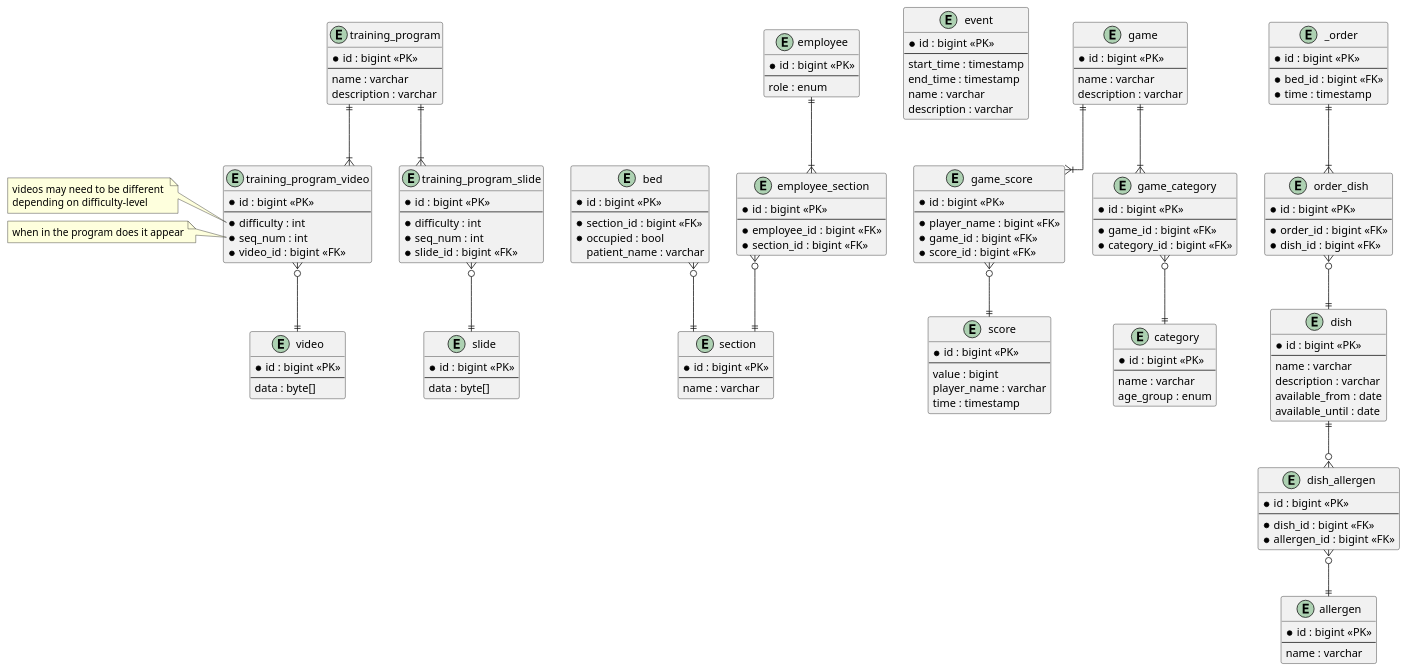
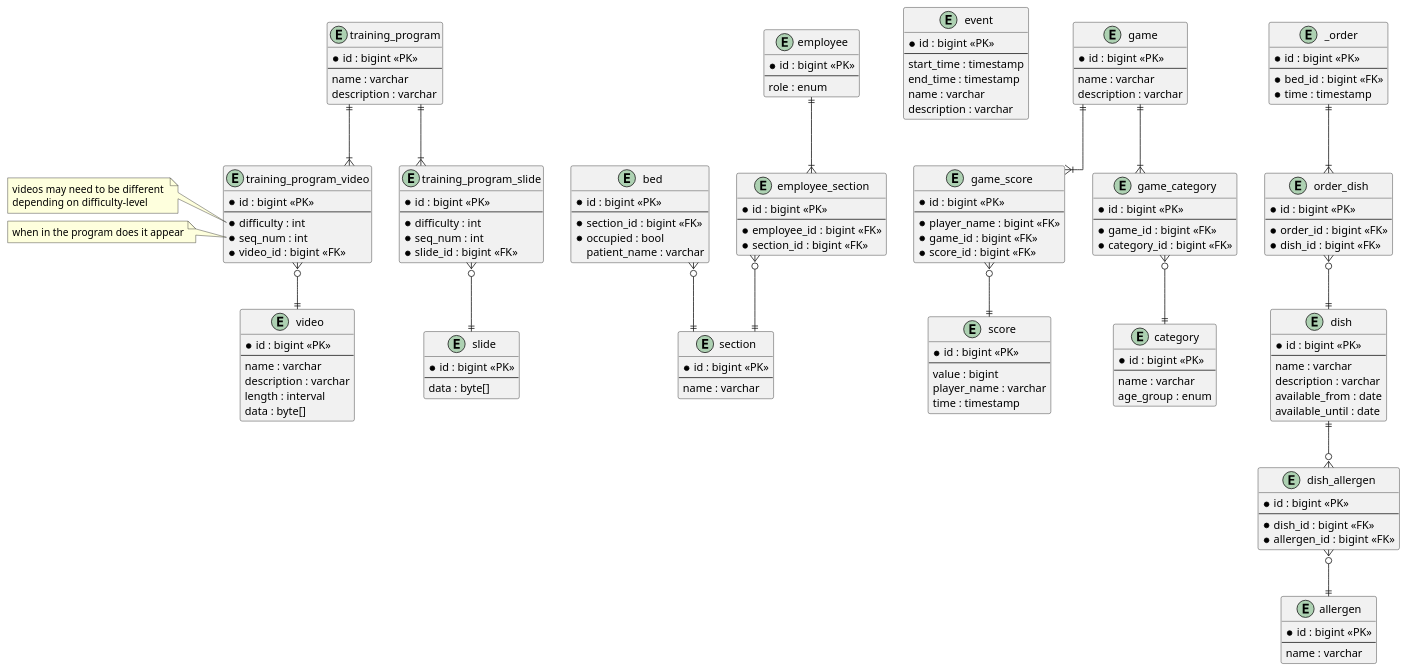
Before and after one commit to Oskar123456/SYSDAT-F25-TEAM-G: the diagram in diagrams/puml/ERD.puml, drawn with PlantUML. The commit also changed 1 other file, not shown here.

```diff
--- a/diagrams/puml/ERD.puml
+++ b/diagrams/puml/ERD.puml
@@ -15,189 +15,192 @@
 @startuml
 /'!theme cerulean'/
 skinparam linetype ortho
 
 entity section {
     * id : bigint <<PK>>
     --
     name : varchar
 }
 entity bed {
     * id : bigint <<PK>>
     --
     * section_id : bigint <<FK>>
     * occupied : bool
     patient_name : varchar
 }
 entity employee {
     * id : bigint <<PK>>
     --
     role : enum
 }
 
 entity event {
     * id : bigint <<PK>>
     --
     start_time : timestamp
     end_time : timestamp
     name : varchar
     description : varchar
 }
 
 entity game {
     * id : bigint <<PK>>
     --
     name : varchar
     description : varchar
 }
 
 entity score {
     * id : bigint <<PK>>
     --
     value : bigint
     player_name : varchar
     time : timestamp
 }
 
 entity game_score {
     * id : bigint <<PK>>
     --
     * player_name : bigint <<FK>>
     * game_id : bigint <<FK>>
     * score_id : bigint <<FK>>
 }
 
 entity _order {
     * id : bigint <<PK>>
     --
     * bed_id : bigint <<FK>>
     * time : timestamp
 }
 
 entity order_dish {
     * id : bigint <<PK>>
     --
     * order_id : bigint <<FK>>
     * dish_id : bigint <<FK>>
 }
 
 entity dish {
     * id : bigint <<PK>>
     --
     name : varchar
     description : varchar
     available_from : date
     available_until : date
 }
 
 entity dish_allergen {
     * id : bigint <<PK>>
     --
     * dish_id : bigint <<FK>>
     * allergen_id : bigint <<FK>>
 }
 
 entity allergen {
     * id : bigint <<PK>>
     --
     name : varchar
 }
 
 entity game_category {
     * id : bigint <<PK>>
     --
     * game_id : bigint <<FK>>
     * category_id : bigint <<FK>>
 }
 
 entity category {
     * id : bigint <<PK>>
     --
     name : varchar
     age_group : enum
 }
 
 entity training_program {
     * id : bigint <<PK>>
     --
     name : varchar
     description : varchar
 }
 
 entity training_program_slide {
     * id : bigint <<PK>>
     --
     * difficulty : int
     * seq_num : int
     * slide_id : bigint <<FK>>
 }
 
 entity training_program_video {
     * id : bigint <<PK>>
     --
     * difficulty : int
     * seq_num : int
     * video_id : bigint <<FK>>
 }
 
 entity slide {
     * id : bigint <<PK>>
     --
     data : byte[]
 }
 
 entity video {
     * id : bigint <<PK>>
     --
+    name : varchar
+    description : varchar
+    length : interval
     data : byte[]
 }
 
 entity employee_section {
     * id : bigint <<PK>>
     --
     * employee_id : bigint <<FK>>
     * section_id : bigint <<FK>>
 }
 
 /' 
 
     RELATIONS
     
 '/
 
 _order ||--|{ order_dish
 order_dish }o--|| dish
 
 dish ||--o{ dish_allergen
 dish_allergen }o--|| allergen
 
 employee ||--|{ employee_section
 employee_section }o--|| section
 
 game ||--|{ game_category
 game_category }o--|| category
 game ||--|{ game_score
 game_score }o--|| score
 
 bed }o--|| section
 
 training_program ||--|{ training_program_video
 training_program_video }o--|| video
 training_program ||--|{ training_program_slide
 training_program_slide }o--|| slide
 
 /' 
 
     NOTES 
     
 '/
 
 note left of training_program_video::difficulty
 videos may need to be different 
 depending on difficulty-level
 end note
 
 note left of training_program_video::seq_num
 when in the program does it appear
 end note
 
 @enduml
```
